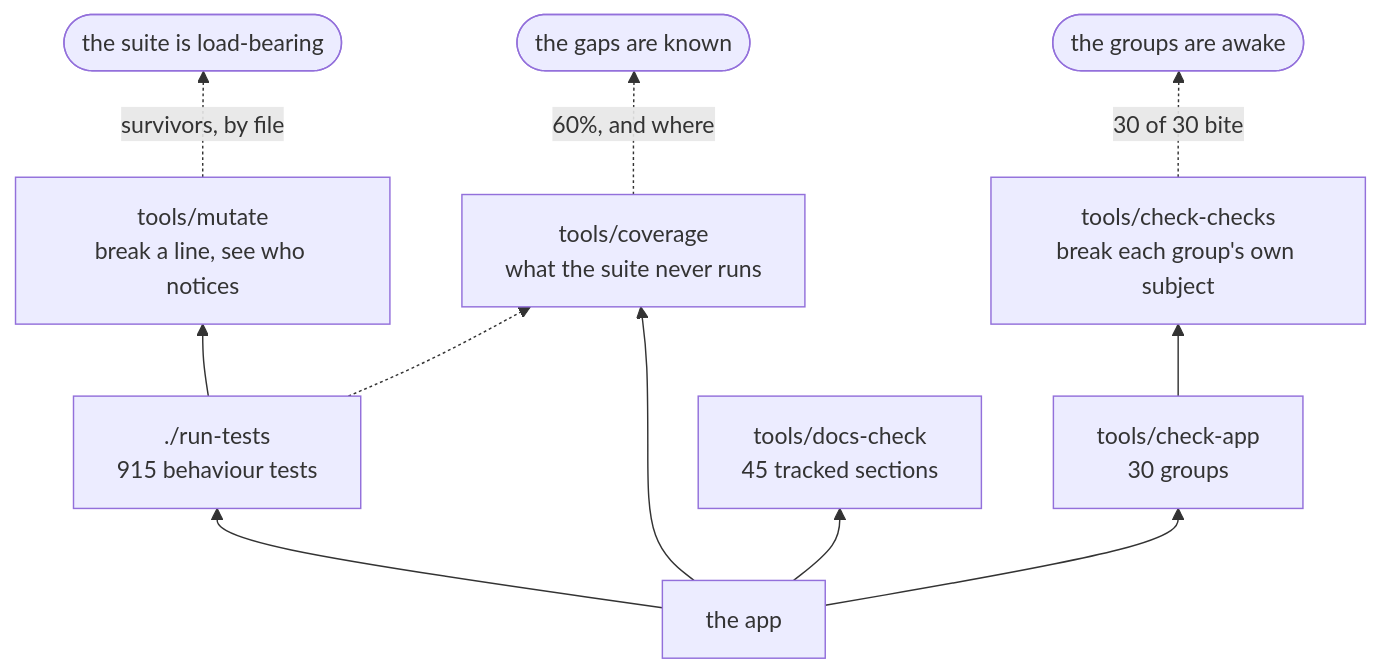
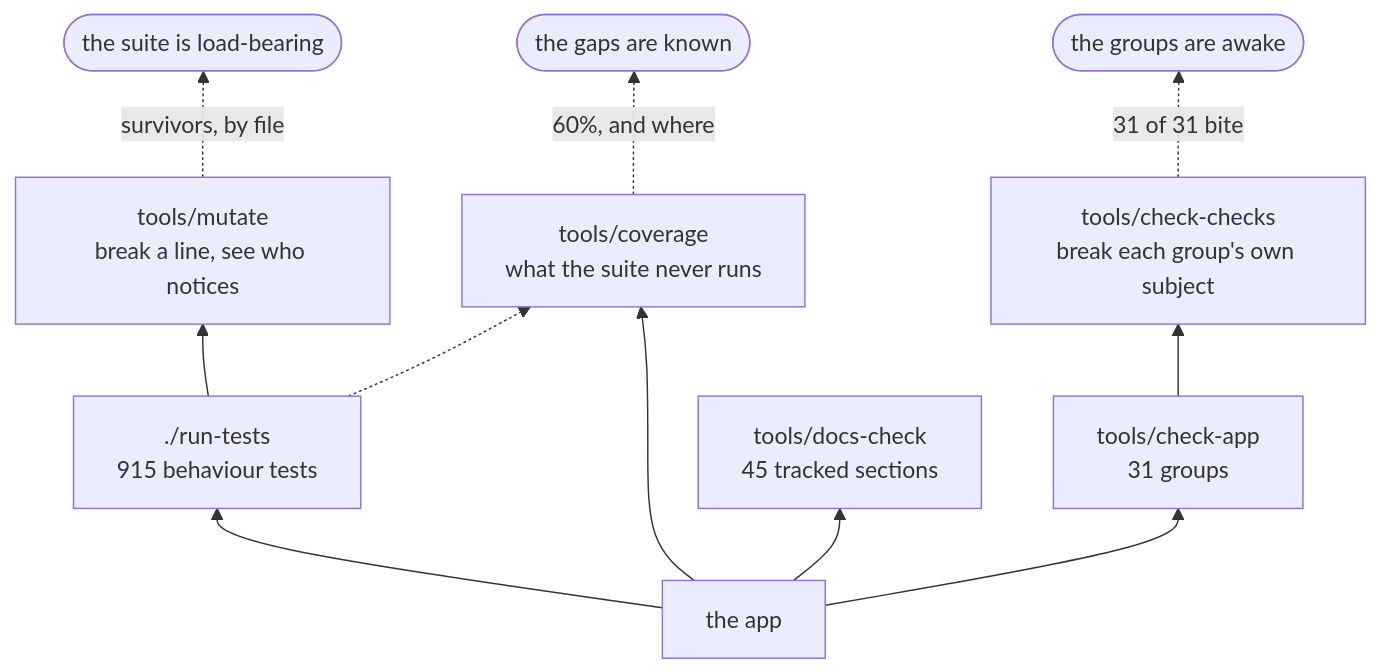
Before and after one commit to minormending/crystal-pilot-mobile: the second of 3 diagrams in docs/DEVELOPING.md, drawn with Mermaid. The commit also changed other lines of this file and 2 other files, not shown here.

````diff
--- a/docs/DEVELOPING.md
+++ b/docs/DEVELOPING.md
@@ -128,13 +128,13 @@
 ```mermaid
 flowchart BT
     C["the app"] --> T["./run-tests<br/>915 behaviour tests"]
-    C --> A["tools/check-app<br/>30 groups"]
+    C --> A["tools/check-app<br/>31 groups"]
     C --> D["tools/docs-check<br/>45 tracked sections"]
     C --> V["tools/coverage<br/>what the suite never runs"]
     T --> M["tools/mutate<br/>break a line, see who notices"]
     A --> K["tools/check-checks<br/>break each group's own subject"]
     T -.-> V
     M -.->|"survivors, by file"| R(["the suite is load-bearing"])
-    K -.->|"30 of 30 bite"| R2(["the groups are awake"])
+    K -.->|"31 of 31 bite"| R2(["the groups are awake"])
     V -.->|"60%, and where"| R3(["the gaps are known"])
 ```
````
